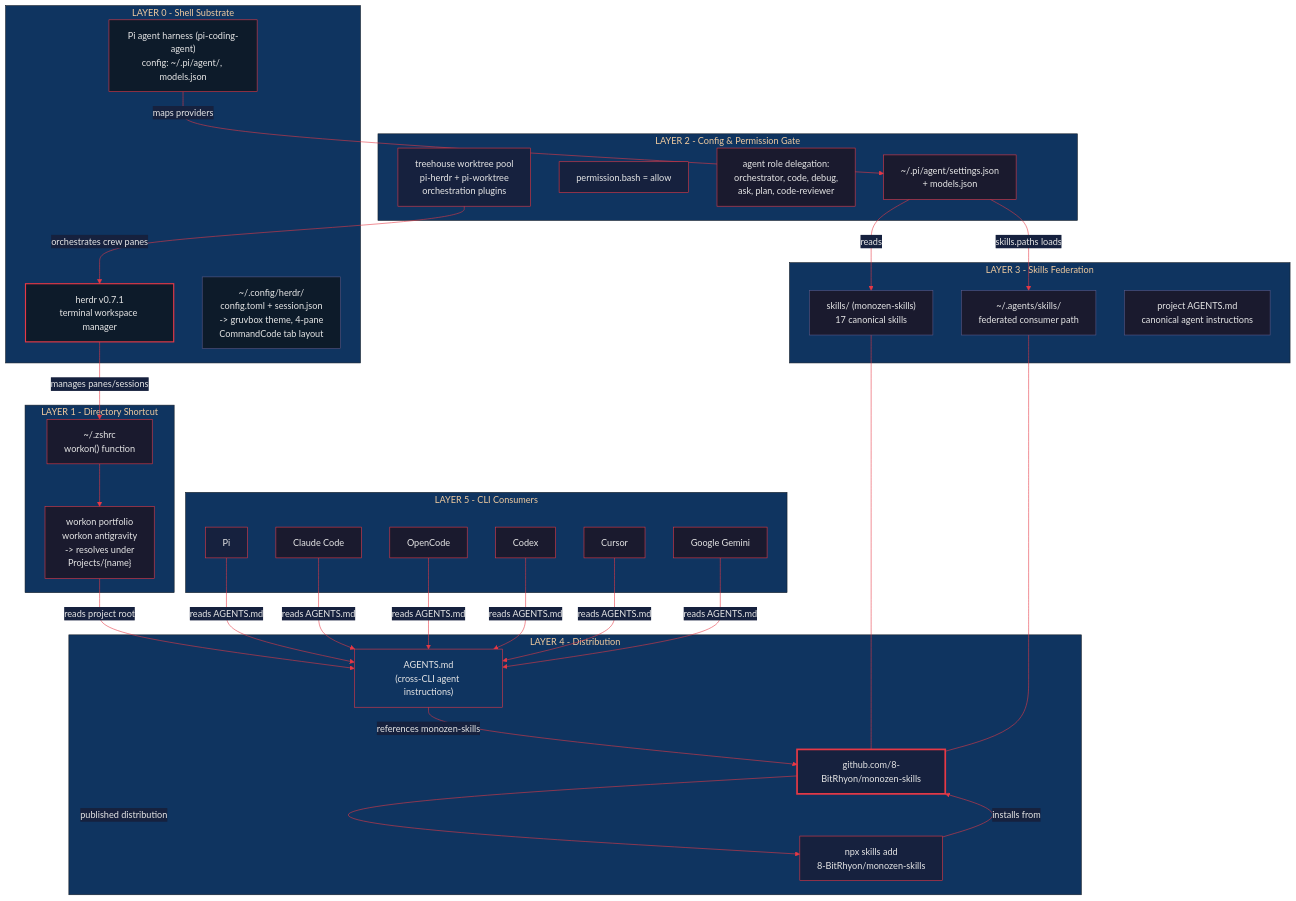
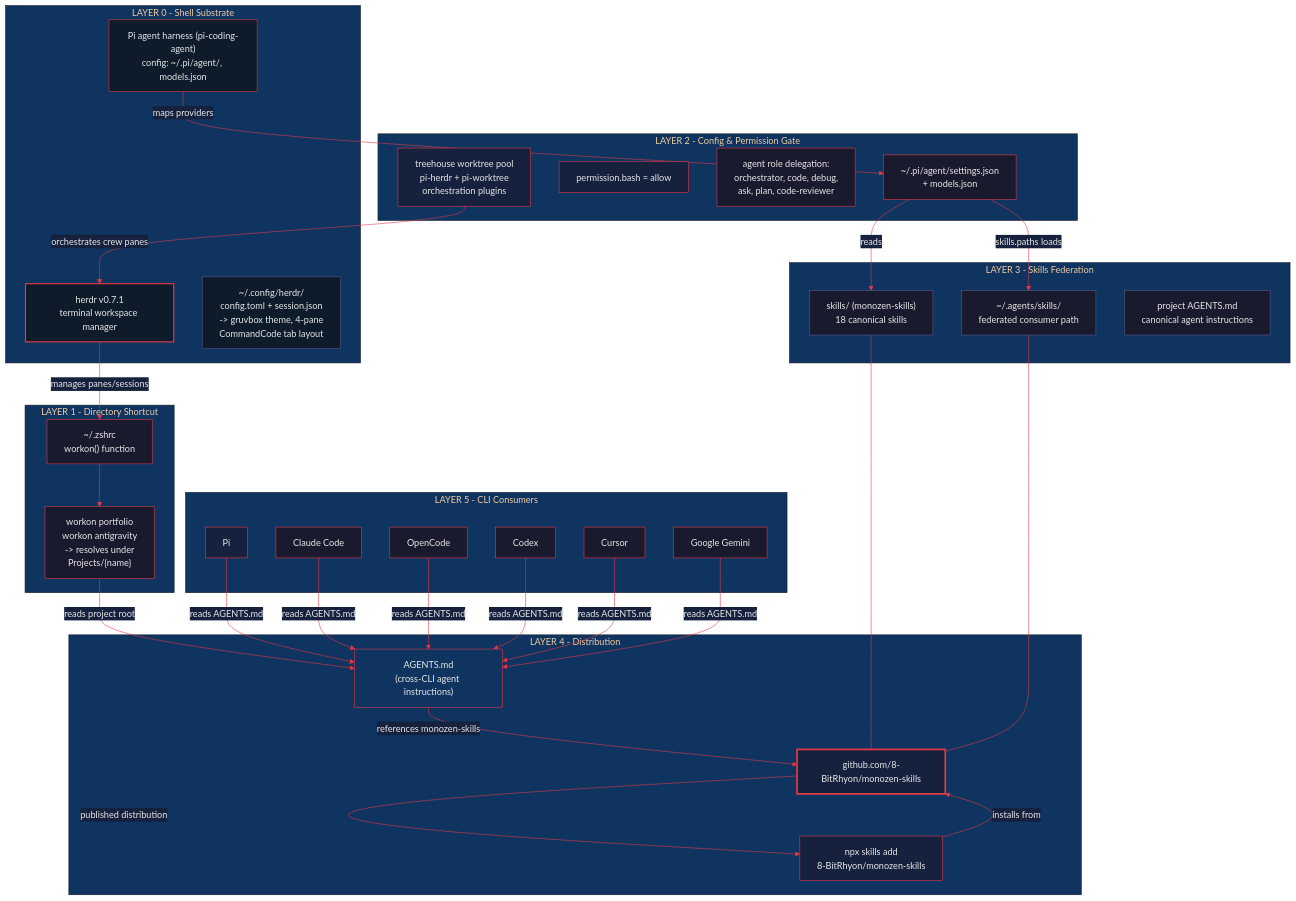
One commit to 8-BitRhyon/monozen-skills changed the diagram in assets/monozen-skills-arch.mmd. Above: the diagram before and after it, drawn with Mermaid. The commit also changed 7 other files, not shown here.

Commit message:
feat(skills): add asd-ste100 Simplified Technical English canonical skill

```diff
--- a/assets/monozen-skills-arch.mmd
+++ b/assets/monozen-skills-arch.mmd
@@ -1,75 +1,75 @@
 %%{init: {'theme': 'base', 'themeVariables': {'primaryColor': '#1a1a2e', 'primaryTextColor': '#e6e6e6', 'primaryBorderColor': '#e63946', 'lineColor': '#e63946', 'secondaryColor': '#16213e', 'tertiaryColor': '#0f3460'}}}%%
 
 flowchart TB
     subgraph Layer0["LAYER 0 - Shell Substrate"]
         HR["herdr v0.7.1<br/>terminal workspace manager"]
         PIF["Pi agent harness (pi-coding-agent)<br/>config: ~/.pi/agent/, models.json"]
         HRCFG["~/.config/herdr/<br/>config.toml + session.json<br/>-> gruvbox theme, 4-pane<br/>  CommandCode tab layout"]
     end
 
     subgraph Layer1["LAYER 1 - Directory Shortcut"]
         ZS["~/.zshrc<br/>workon() function"]
         WU["workon portfolio<br/>workon antigravity<br/>-> resolves under<br/>Projects/{name}"]
     end
 
     subgraph Layer2["LAYER 2 - Config & Permission Gate"]
         KC["~/.pi/agent/settings.json<br/>+ models.json"]
         PERM["permission.bash = allow"]
         AGD["agent role delegation:<br/>orchestrator, code, debug,<br/>ask, plan, code-reviewer"]
         IDX["treehouse worktree pool<br/>pi-herdr + pi-worktree<br/>orchestration plugins"]
     end
 
     subgraph Layer3["LAYER 3 - Skills Federation"]
-        FS1["skills/ (monozen-skills)<br/>17 canonical skills"]
+        FS1["skills/ (monozen-skills)<br/>18 canonical skills"]
         FS2["~/.agents/skills/<br/>federated consumer path"]
         FS3["project AGENTS.md<br/>canonical agent instructions"]
     end
 
     subgraph Layer4["LAYER 4 - Distribution"]
         MS["github.com/8-BitRhyon/monozen-skills"]
         NPX["npx skills add<br/>8-BitRhyon/monozen-skills"]
         AG["AGENTS.md<br/>(cross-CLI agent instructions)"]
     end
 
     subgraph Layer5["LAYER 5 - CLI Consumers"]
         PI["Pi"]
         CC["Claude Code"]
         OC["OpenCode"]
         CX["Codex"]
         CU["Cursor"]
         GK["Google Gemini"]
     end
 
     HR -->|manages panes/sessions| ZS
     ZS --> WU
     WU -->|reads project root| AG
     AG -->|references monozen-skills| MS
     PIF -->|maps providers| KC
     KC -->|skills.paths loads| FS2
     KC -->|reads| FS1
     IDX -->|orchestrates crew panes| HR
     NPX -->|installs from| MS
     MS -->|published distribution| NPX
     FS1 --- MS
     FS2 --- MS
     PI -->|reads AGENTS.md| AG
     CC -->|reads AGENTS.md| AG
     OC -->|reads AGENTS.md| AG
     CX -->|reads AGENTS.md| AG
     CU -->|reads AGENTS.md| AG
     GK -->|reads AGENTS.md| AG
 
     style HR fill:#0d1b2a,stroke:#e63946,color:#e6e6e6,stroke-width:2px
     style PIF fill:#0d1b2a,stroke:#e63946,color:#e6e6e6
     style HRCFG fill:#0d1b2a,stroke:#5a5a8a,color:#e6e6e6
     style ZS fill:#1a1a2e,stroke:#e63946,color:#e6e6e6
     style KC fill:#1a1a2e,stroke:#e63946,color:#e6e6e6
     style MS fill:#16213e,stroke:#e63946,color:#e6e6e6,stroke-width:3px
     style AG fill:#0f3460,stroke:#e63946,color:#e6e6e6
     style NPX fill:#16213e,stroke:#e63946,color:#e6e6e6
     style FS1 fill:#1a1a2e,stroke:#5a5a8a,color:#e6e6e6
     style FS2 fill:#1a1a2e,stroke:#5a5a8a,color:#e6e6e6
     style FS3 fill:#1a1a2e,stroke:#5a5a8a,color:#e6e6e6
     style PI fill:#16213e,stroke:#e63946,color:#e6e6e6
     style PERM fill:#16213e,stroke:#e63946,color:#e6e6e6
     style IDX fill:#16213e,stroke:#e63946,color:#e6e6e6
```
